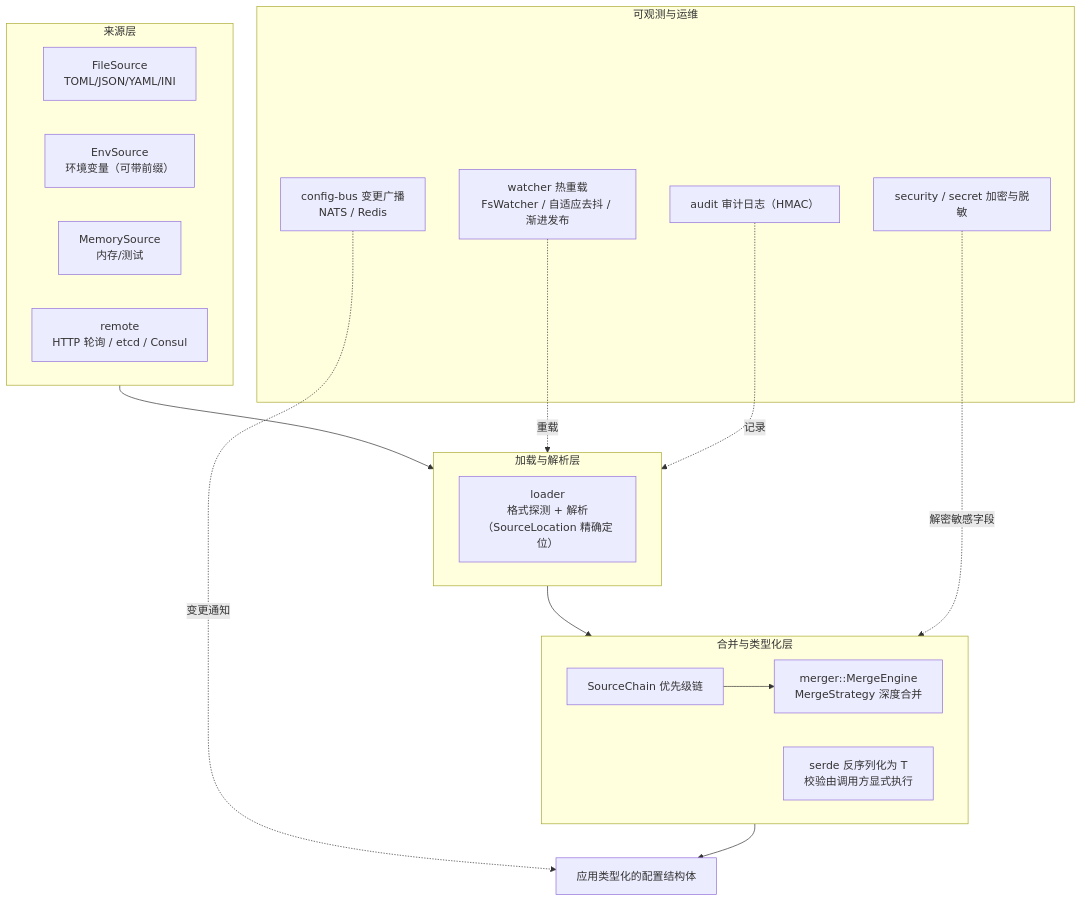
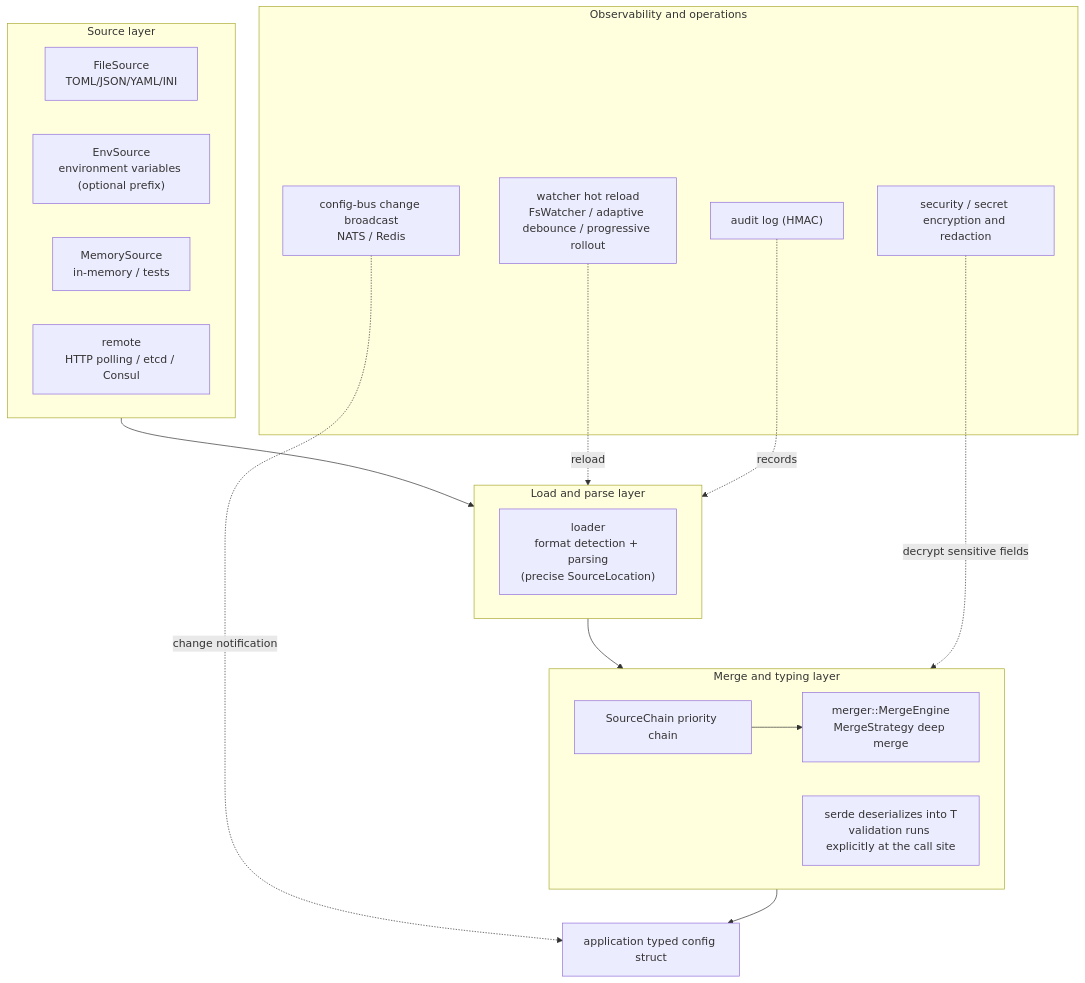
Before and after one commit to Kirky-X/confers: the first of 2 diagrams in docs/en/ARCHITECTURE.md, drawn with Mermaid. The commit also changed other lines of this file and 16 other files, not shown here.

````diff
--- a/docs/en/ARCHITECTURE.md
+++ b/docs/en/ARCHITECTURE.md
@@ -43,37 +43,37 @@
 ```mermaid
 graph TB
-    subgraph Sources ["来源层"]
+    subgraph Sources ["Source layer"]
         F["FileSource<br/>TOML/JSON/YAML/INI"]
-        E["EnvSource<br/>环境变量（可带前缀）"]
-        M["MemorySource<br/>内存/测试"]
-        R["remote<br/>HTTP 轮询 / etcd / Consul"]
+        E["EnvSource<br/>environment variables (optional prefix)"]
+        M["MemorySource<br/>in-memory / tests"]
+        R["remote<br/>HTTP polling / etcd / Consul"]
     end
 
-    subgraph Loader ["加载与解析层"]
-        L["loader<br/>格式探测 + 解析<br/>（SourceLocation 精确定位）"]
+    subgraph Loader ["Load and parse layer"]
+        L["loader<br/>format detection + parsing<br/>(precise SourceLocation)"]
     end
 
-    subgraph Merge ["合并与类型化层"]
-        MG["merger::MergeEngine<br/>MergeStrategy 深度合并"]
-        SC["SourceChain 优先级链"]
-        TY["serde 反序列化为 T<br/>校验由调用方显式执行"]
+    subgraph Merge ["Merge and typing layer"]
+        MG["merger::MergeEngine<br/>MergeStrategy deep merge"]
+        SC["SourceChain priority chain"]
+        TY["serde deserializes into T<br/>validation runs explicitly at the call site"]
     end
 
-    subgraph Ops ["可观测与运维"]
-        AU["audit 审计日志（HMAC）"]
-        SEC["security / secret 加密与脱敏"]
-        W["watcher 热重载<br/>FsWatcher / 自适应去抖 / 渐进发布"]
-        BUS["config-bus 变更广播<br/>NATS / Redis"]
+    subgraph Ops ["Observability and operations"]
+        AU["audit log (HMAC)"]
+        SEC["security / secret encryption and redaction"]
+        W["watcher hot reload<br/>FsWatcher / adaptive debounce / progressive rollout"]
+        BUS["config-bus change broadcast<br/>NATS / Redis"]
     end
 
-    APP["应用类型化的配置结构体"]
+    APP["application typed config struct"]
 
     Sources --> Loader
     Loader --> Merge
     SC --> MG
     Merge --> APP
-    W -.重载.-> Loader
-    BUS -.变更通知.-> APP
-    AU -.记录.-> Loader
-    SEC -.解密敏感字段.-> Merge
+    W -.reload.-> Loader
+    BUS -.change notification.-> APP
+    AU -.records.-> Loader
+    SEC -.decrypt sensitive fields.-> Merge
 ```
````
